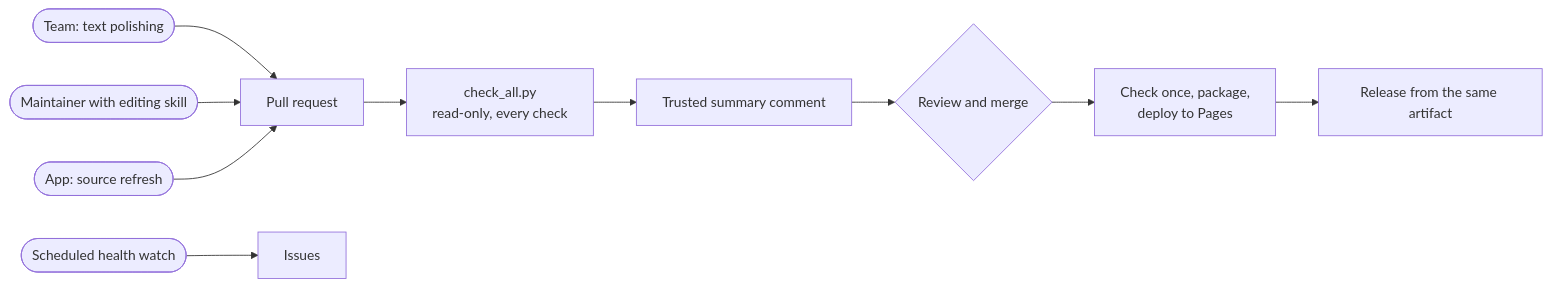
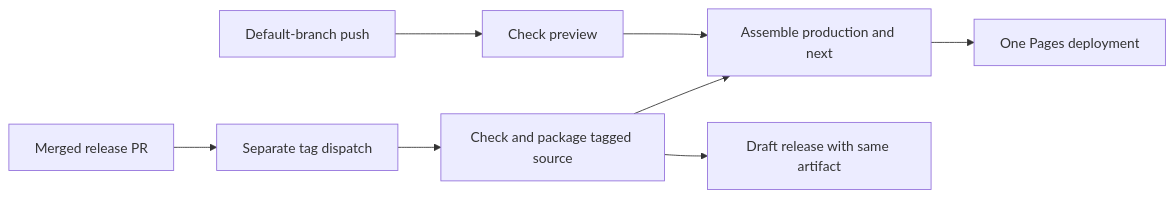
One commit to dsw-nrp/eosc-fair-guide changed the third of 3 diagrams in docs/design.md. Above: the diagram before and after it, drawn with Mermaid. The commit also changed other lines of this file and 51 other files, not shown here.

````diff
--- a/docs/design.md
+++ b/docs/design.md
@@ -247,14 +518,10 @@
 ```mermaid
 flowchart LR
-  accTitle: Change delivery
-  accDescr: Team edits, maintainer edits and App source refreshes arrive as pull requests. A read-only workflow runs every check and a trusted workflow posts the summary. After review and merge, the default branch is checked once, packaged and deployed, and a release reuses that artifact. Scheduled health checks open issues.
-  T([Team: text polishing]) --> PR
-  M([Maintainer with editing skill]) --> PR
-  S([App: source refresh]) --> PR
-  PR[Pull request] --> CHK["check_all.py<br/>read-only, every check"]
-  CHK --> SUM[Trusted summary comment]
-  SUM --> REV{Review and merge}
-  REV --> DEP["Check once, package,<br/>deploy to Pages"]
-  DEP --> REL[Release from the same artifact]
-  H([Scheduled health watch]) --> ISS[Issues]
+  accTitle: Production and preview delivery
+  accDescr: Default-branch work builds a preview. A separate release tag checks and packages production once. Assembly combines checked production and the preview into one Pages deployment, and the draft release reuses production bytes.
+  M[Default-branch push] --> N[Check preview]
+  R[Merged release PR] --> T[Separate tag dispatch] --> P[Check and package tagged source]
+  P --> A[Assemble production and next]
+  N --> A --> D[One Pages deployment]
+  P --> F[Draft release with same artifact]
 ```
````
